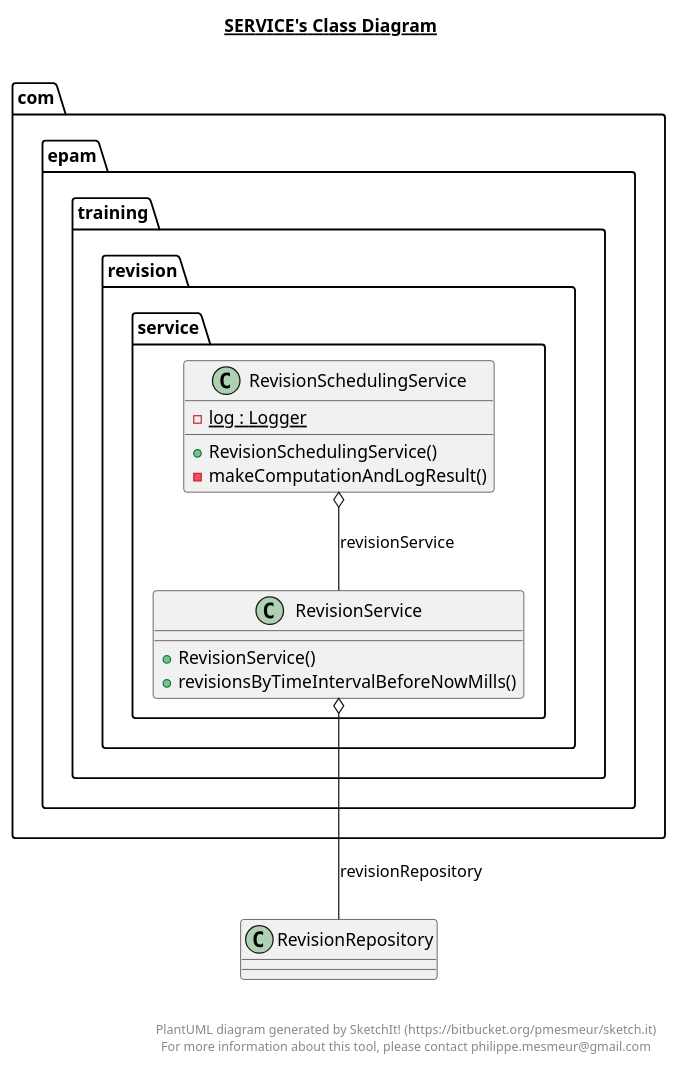
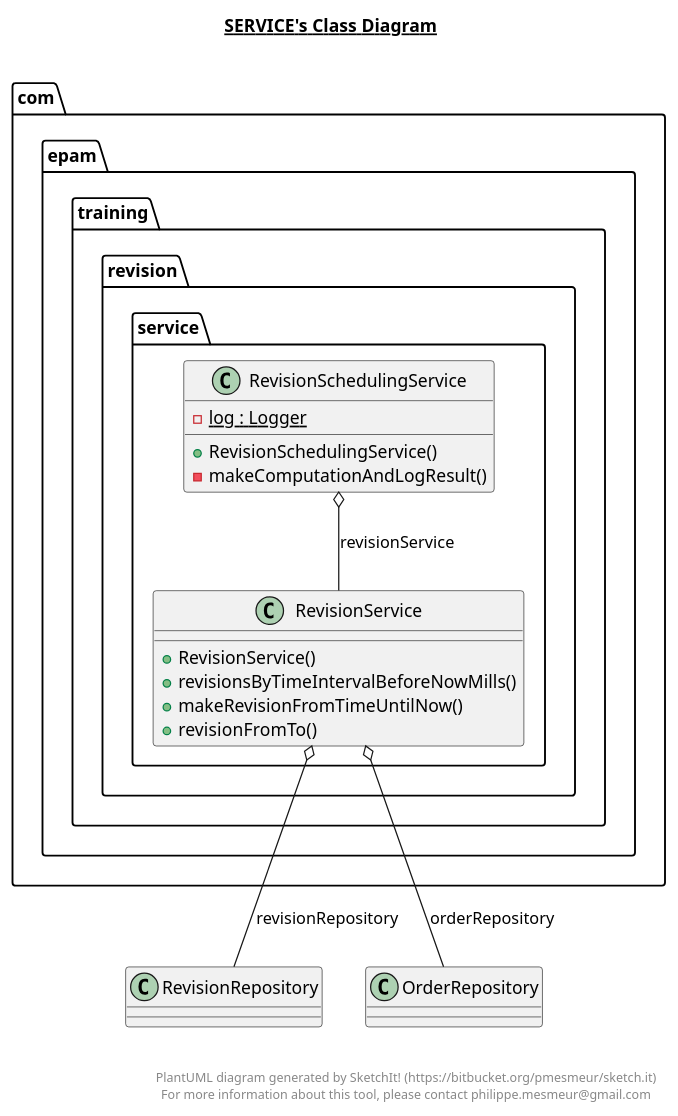
The diagram in src/main/java/com/epam/training/revision/service/service.plantuml (nik-nenkov/tutoring-rest-api-with-java), drawn with PlantUML before and after one commit. The commit also changed 28 other files, not shown here.

Commit message:
Tests now cover most of the lines. //TODO fix the automatic Revision service

```diff
--- a/src/main/java/com/epam/training/revision/service/service.plantuml
+++ b/src/main/java/com/epam/training/revision/service/service.plantuml
@@ -1,37 +1,40 @@
 @startuml
 
 title __SERVICE's Class Diagram__\n
 
   package com.epam.training.revision {
     package com.epam.training.revision.service {
       class RevisionSchedulingService {
           {static} - log : Logger
           + RevisionSchedulingService()
           - makeComputationAndLogResult()
       }
     }
   }
   
 
   package com.epam.training.revision {
     package com.epam.training.revision.service {
       class RevisionService {
           + RevisionService()
           + revisionsByTimeIntervalBeforeNowMills()
+          + makeRevisionFromTimeUntilNow()
+          + revisionFromTo()
       }
     }
   }
   
 
   RevisionSchedulingService o-- RevisionService : revisionService
   RevisionService o-- RevisionRepository : revisionRepository
+  RevisionService o-- OrderRepository : orderRepository
 
 
 right footer
 
 
 PlantUML diagram generated by SketchIt! (https://bitbucket.org/pmesmeur/sketch.it)
 For more information about this tool, please contact philippe.mesmeur@gmail.com
 endfooter
 
 @enduml
```
